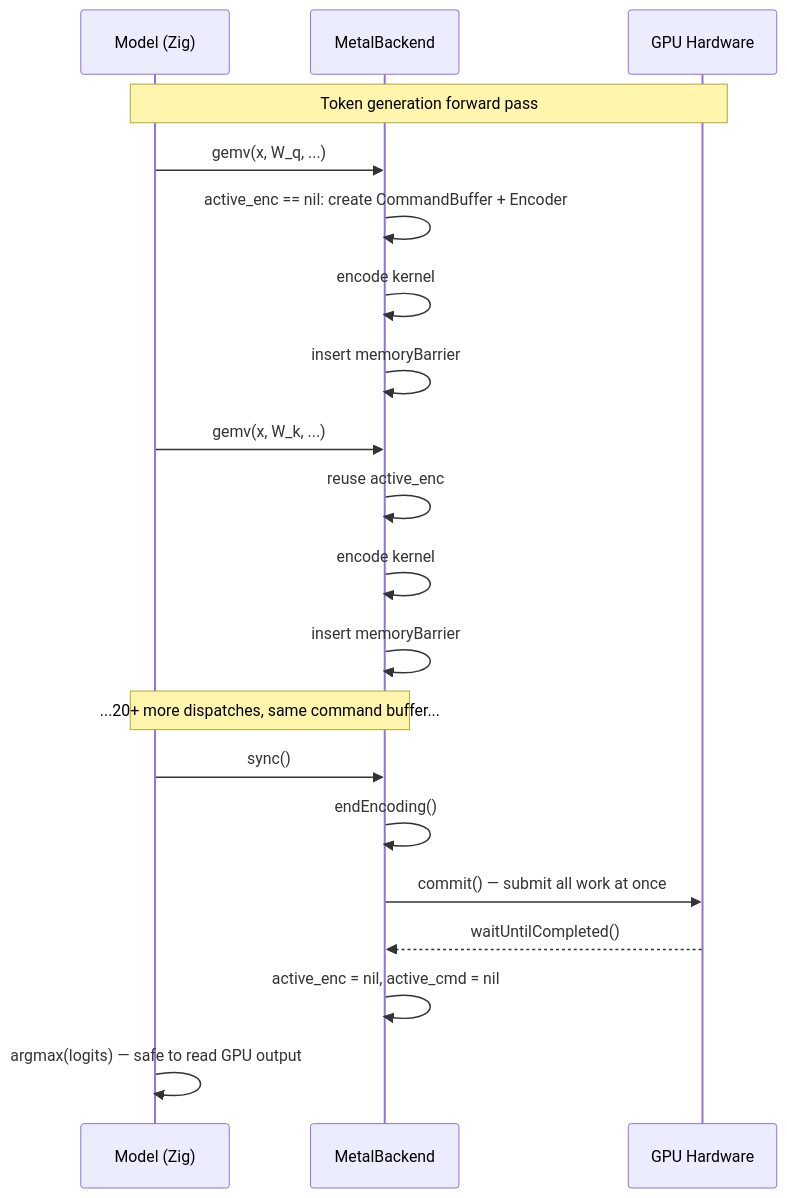
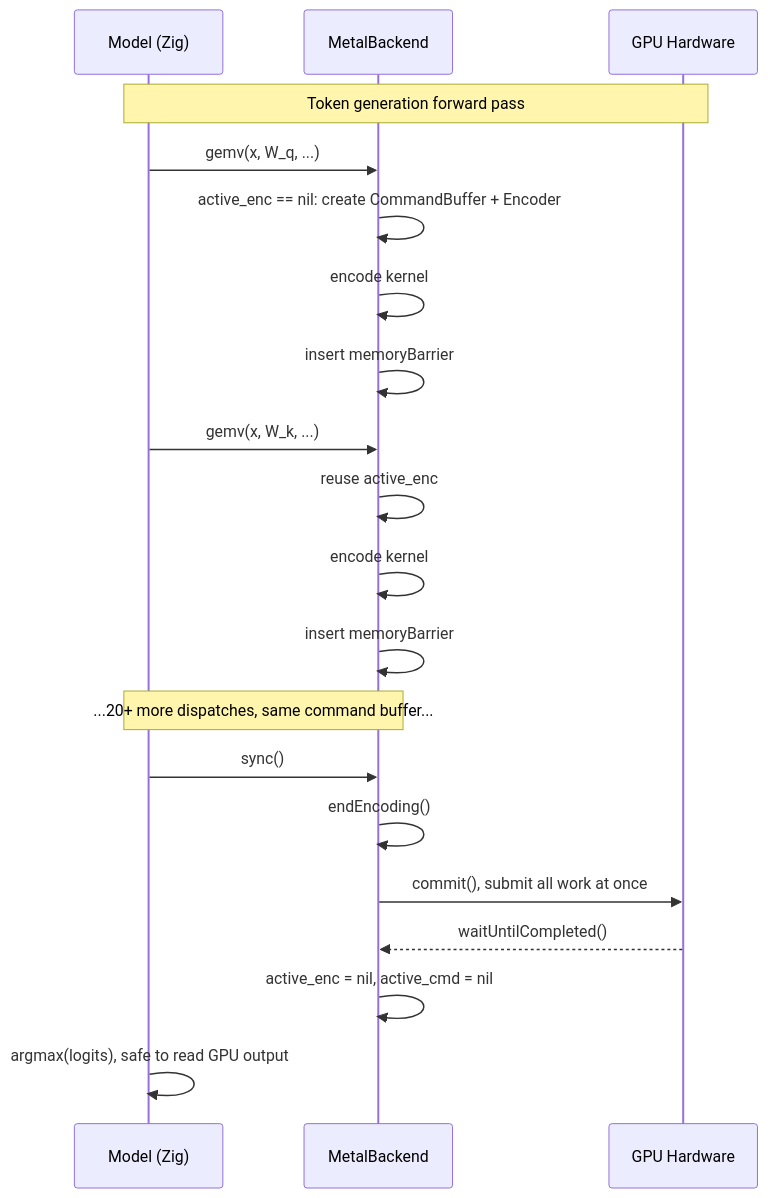
Before and after one commit to maci0/agave: the third of 9 diagrams in docs/tutorial/11-metal-backend-internals.md, drawn with Mermaid. The commit also changed other lines of this file and 196 other files, not shown here.

````diff
--- a/docs/tutorial/11-metal-backend-internals.md
+++ b/docs/tutorial/11-metal-backend-internals.md
@@ -179,28 +179,28 @@
 ```mermaid
 sequenceDiagram
     participant Model as Model (Zig)
     participant BE as MetalBackend
     participant GPU as GPU Hardware
 
     Note over Model,GPU: Token generation forward pass
 
     Model->>BE: gemv(x, W_q, ...)
     BE->>BE: active_enc == nil: create CommandBuffer + Encoder
     BE->>BE: encode kernel #1 (GEMV)
     BE->>BE: insert memoryBarrier
 
     Model->>BE: gemv(x, W_k, ...)
     BE->>BE: reuse active_enc
     BE->>BE: encode kernel #2 (GEMV)
     BE->>BE: insert memoryBarrier
 
     Note over Model,BE: ...20+ more dispatches, same command buffer...
 
     Model->>BE: sync()
     BE->>BE: endEncoding()
-    BE->>GPU: commit() — submit all work at once
+    BE->>GPU: commit(), submit all work at once
     GPU-->>BE: waitUntilCompleted()
     BE->>BE: active_enc = nil, active_cmd = nil
 
-    Model->>Model: argmax(logits) — safe to read GPU output
+    Model->>Model: argmax(logits), safe to read GPU output
 ```
````
